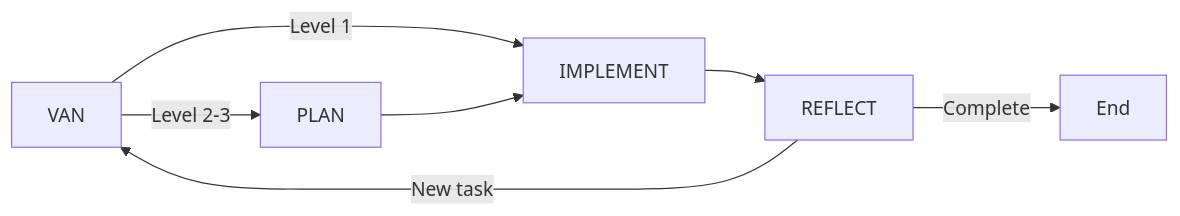
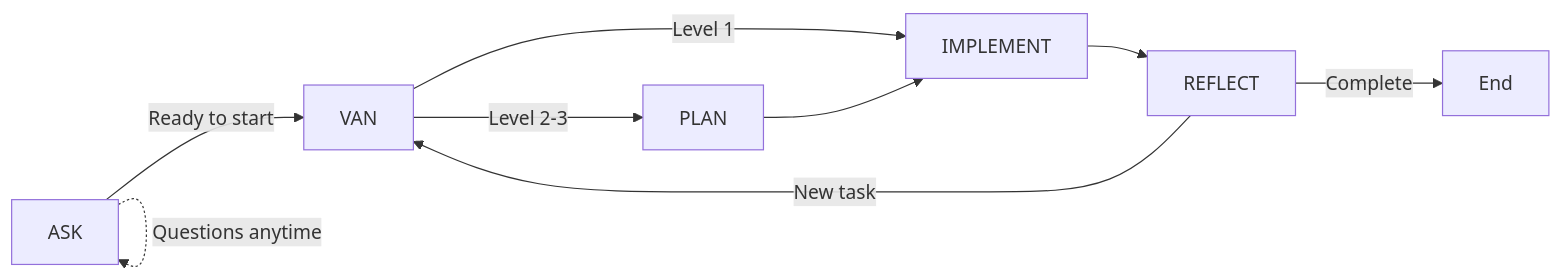
Before and after one commit to doublefx/claude-memory-bank: the second of 2 diagrams in CLAUDE.md, drawn with Mermaid. The commit also changed other lines of this file and 20 other files, not shown here.

````diff
--- a/CLAUDE.md
+++ b/CLAUDE.md
@@ -262,9 +277,11 @@
 ```mermaid
 graph LR
-    VAN[VAN] -->|Level 1| IMPLEMENT[IMPLEMENT]
+    ASK[ASK] -->|Ready to start| VAN[VAN]
+    VAN -->|Level 1| IMPLEMENT[IMPLEMENT]
     VAN -->|Level 2-3| PLAN[PLAN]
     PLAN --> IMPLEMENT
     IMPLEMENT --> REFLECT[REFLECT]
     REFLECT -->|New task| VAN
     REFLECT -->|Complete| END[End]
+    ASK -.->|Questions anytime| ASK
 ```
````
